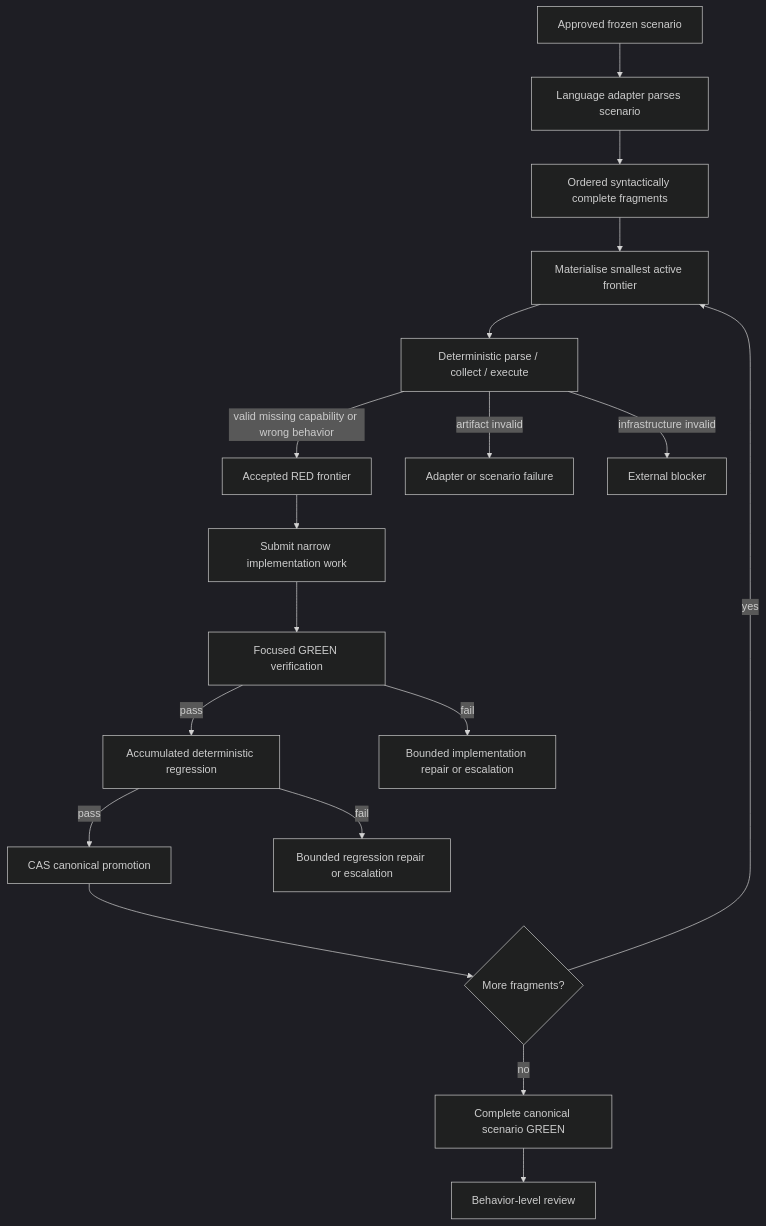
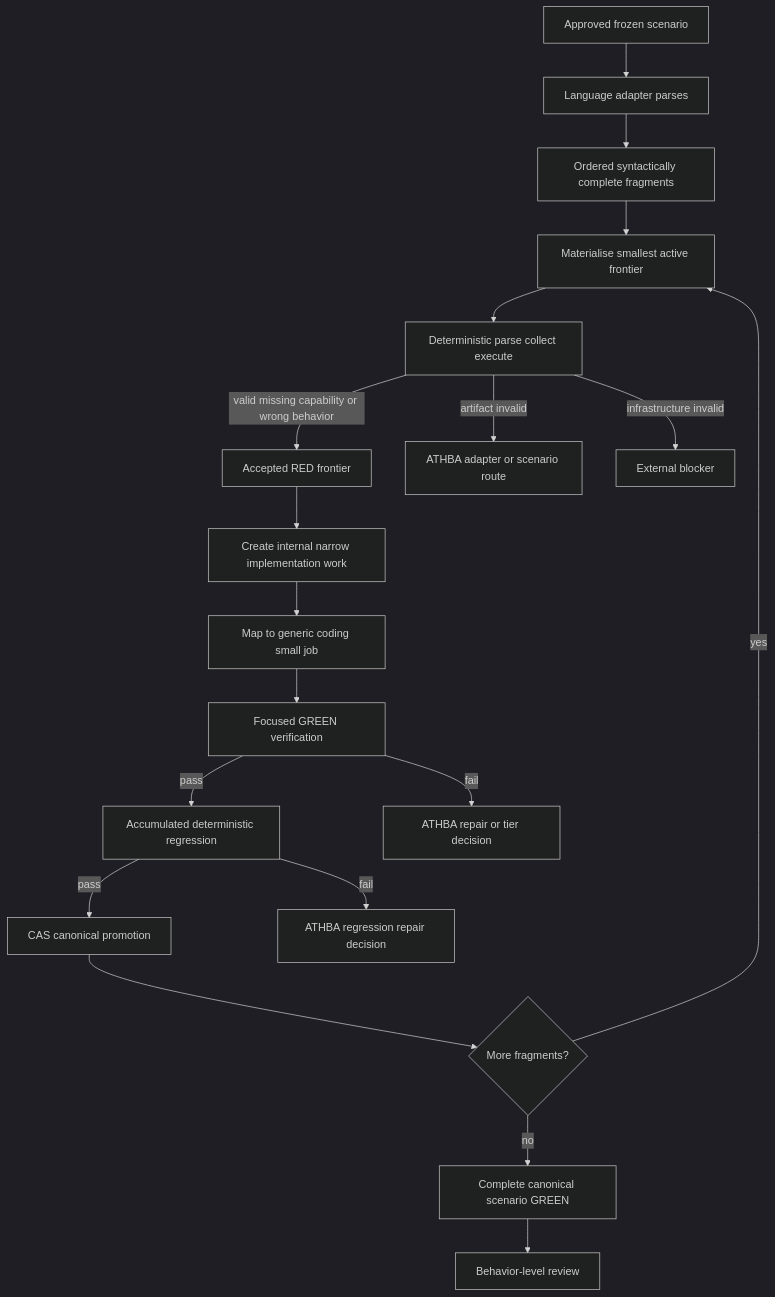
Before and after one commit to Tommyboyjedi/ATHBA: the fifth of 13 diagrams in docs/pr23_worker_routing_state_machines.md, drawn with Mermaid (dark theme). The commit also changed other lines of this file, not shown here.

Commit message:
docs: redraw routing state machines around generic connector

````diff
--- a/docs/pr23_worker_routing_state_machines.md
+++ b/docs/pr23_worker_routing_state_machines.md
@@ -38,20 +110,21 @@
 ```mermaid
 flowchart TD
-    A[Approved frozen scenario] --> B[Language adapter parses scenario]
+    A[Approved frozen scenario] --> B[Language adapter parses]
     B --> C[Ordered syntactically complete fragments]
     C --> D[Materialise smallest active frontier]
-    D --> E[Deterministic parse / collect / execute]
+    D --> E[Deterministic parse collect execute]
     E -->|valid missing capability or wrong behavior| F[Accepted RED frontier]
-    E -->|artifact invalid| G[Adapter or scenario failure]
+    E -->|artifact invalid| G[ATHBA adapter or scenario route]
     E -->|infrastructure invalid| H[External blocker]
-    F --> I[Submit narrow implementation work]
-    I --> J[Focused GREEN verification]
-    J -->|pass| K[Accumulated deterministic regression]
-    J -->|fail| L[Bounded implementation repair or escalation]
-    K -->|pass| M[CAS canonical promotion]
-    K -->|fail| N[Bounded regression repair or escalation]
-    M --> O{More fragments?}
-    O -->|yes| D
-    O -->|no| P[Complete canonical scenario GREEN]
-    P --> Q[Behavior-level review]
+    F --> I[Create internal narrow implementation work]
+    I --> J[Map to generic coding small job]
+    J --> K[Focused GREEN verification]
+    K -->|pass| L[Accumulated deterministic regression]
+    K -->|fail| M[ATHBA repair or tier decision]
+    L -->|pass| N[CAS canonical promotion]
+    L -->|fail| O[ATHBA regression repair decision]
+    N --> P{More fragments?}
+    P -->|yes| D
+    P -->|no| Q[Complete canonical scenario GREEN]
+    Q --> R[Behavior-level review]
 ```
````
